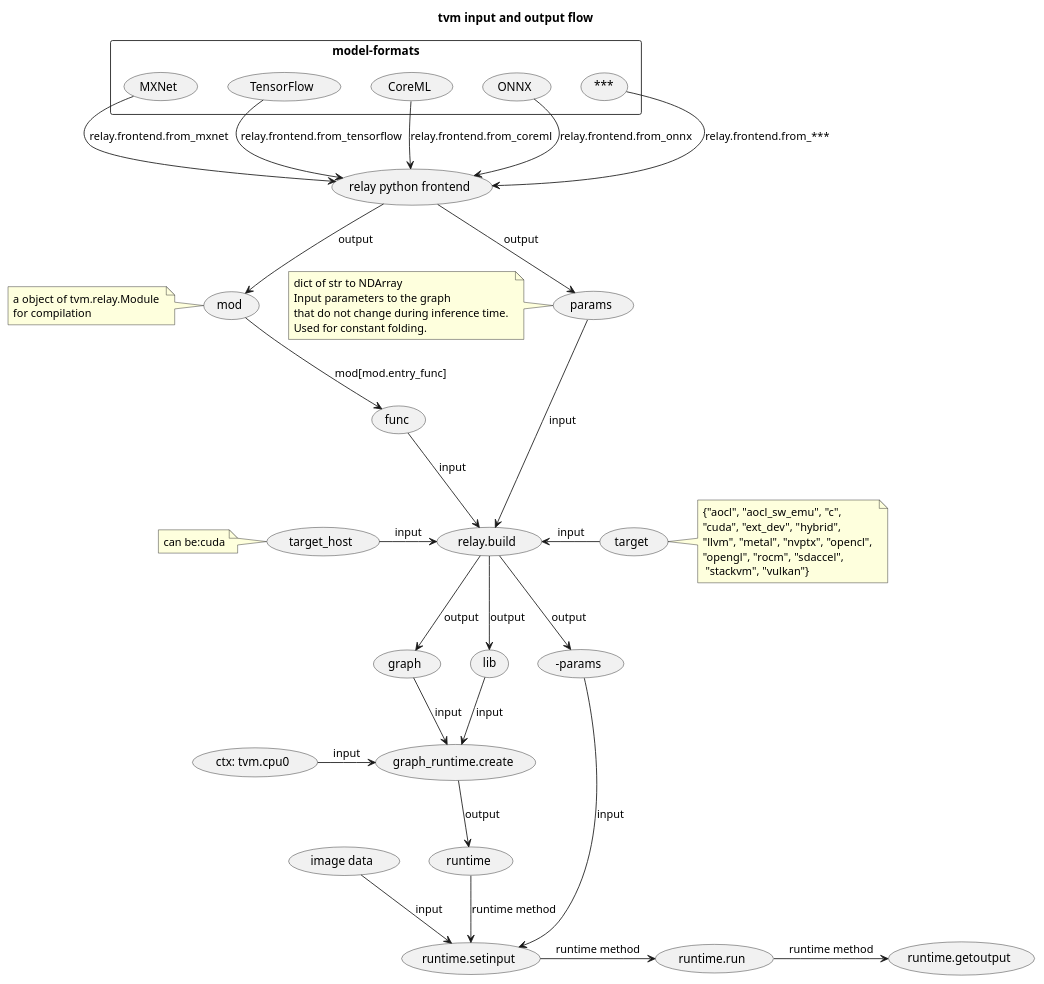
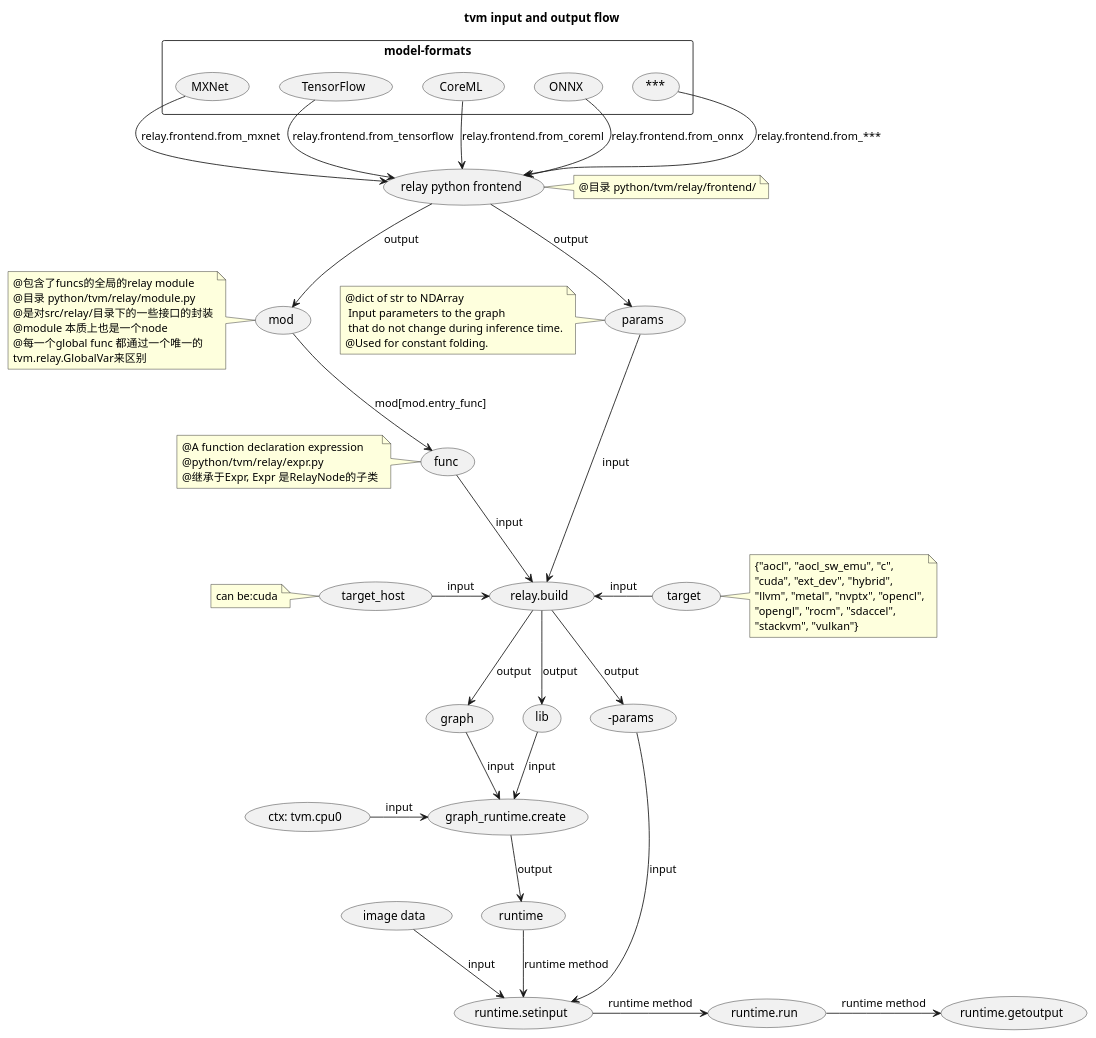
One commit to chsgcxy/messy_notes changed the diagram in tvm/input-output-flow.plantuml. Above: the diagram before and after it, drawn with PlantUML. The commit also changed 10 other files, not shown here.

Commit message:
add packed func and runtime flow

```diff
--- a/tvm/input-output-flow.plantuml
+++ b/tvm/input-output-flow.plantuml
@@ -1,48 +1,77 @@
 @startuml tvm-input-output-flow
 title tvm input and output flow
 (relay python frontend) as rpf
+note right
+    @目录 python/tvm/relay/frontend/
+end note
 
 rectangle model-formats {
     (MXNet) -down-> rpf: relay.frontend.from_mxnet
     (TensorFlow) -down->rpf: relay.frontend.from_tensorflow
     (CoreML) -down->rpf: relay.frontend.from_coreml
     (ONNX) -down->rpf: relay.frontend.from_onnx
     (***) -down->rpf: relay.frontend.from_***
 }
 
 rpf -down-> (mod): output
-note left: a object of tvm.relay.Module \nfor compilation 
+note left
+    @包含了funcs的全局的relay module
+    @目录 python/tvm/relay/module.py
+    @是对src/relay/目录下的一些接口的封装
+    @module 本质上也是一个node
+    @每一个global func 都通过一个唯一的
+    tvm.relay.GlobalVar来区别
+end note
+
 rpf -down-> (params): output
-note left: dict of str to NDArray \nInput parameters to the graph \nthat do not change during inference time. \nUsed for constant folding.
+note left
+    @dict of str to NDArray
+     Input parameters to the graph
+     that do not change during inference time.
+    @Used for constant folding.
+end note
+
 (mod) -down-> (func): mod[mod.entry_func]
+note left
+    @A function declaration expression
+    @python/tvm/relay/expr.py
+    @继承于Expr, Expr 是RelayNode的子类
+end note
 
 (relay.build) as rb
 (target) as target
-note right: {"aocl", "aocl_sw_emu", "c",\n"cuda", "ext_dev", "hybrid", \n"llvm", "metal", "nvptx", "opencl", \n"opengl", "rocm", "sdaccel",\n "stackvm", "vulkan"}
+note right 
+    {"aocl", "aocl_sw_emu", "c",
+    "cuda", "ext_dev", "hybrid",
+    "llvm", "metal", "nvptx", "opencl",
+    "opengl", "rocm", "sdaccel",
+    "stackvm", "vulkan"}
+end note
+
 target -left-> rb: input
 (target_host) as th
 note left: can be:cuda
 th -> rb: input
 (func) -down-> rb: input
 (params) -down-> rb: input
 
 rb -down-> (graph): output
 rb -down-> (lib): output
 rb -down-> (-params): output
 
 (graph_runtime.create) as grc
 (graph) -down-> grc: input
 (lib) -down-> grc: input
 (ctx: tvm.cpu0) -> grc: input
 
 grc -down-> (runtime): output
 (runtime.setinput) as rs
 (-params) -down-> rs: input
 (image data) -down-> rs: input
 (runtime) -down-> rs: runtime method
 (runtime.run) as rr
 (runtime.getoutput) as rg
 rs -> rr: runtime method
 rr -> rg: runtime method
 
 @enduml
```
